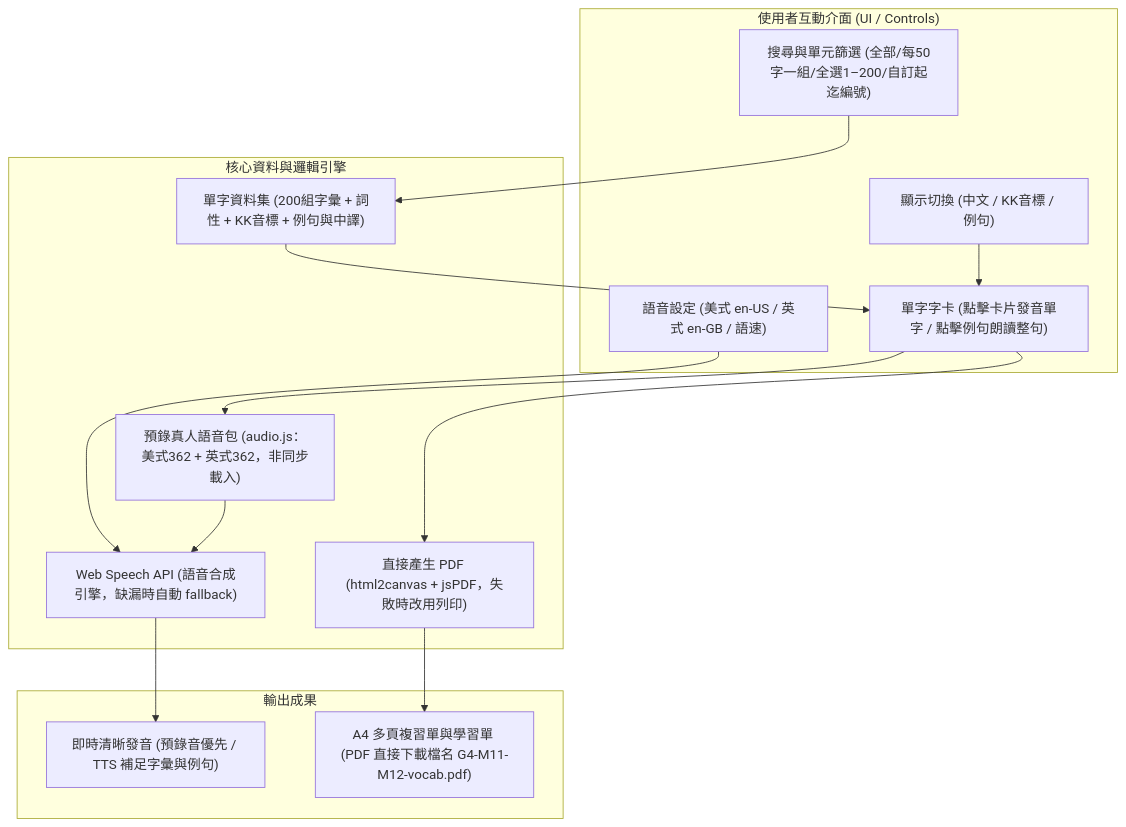
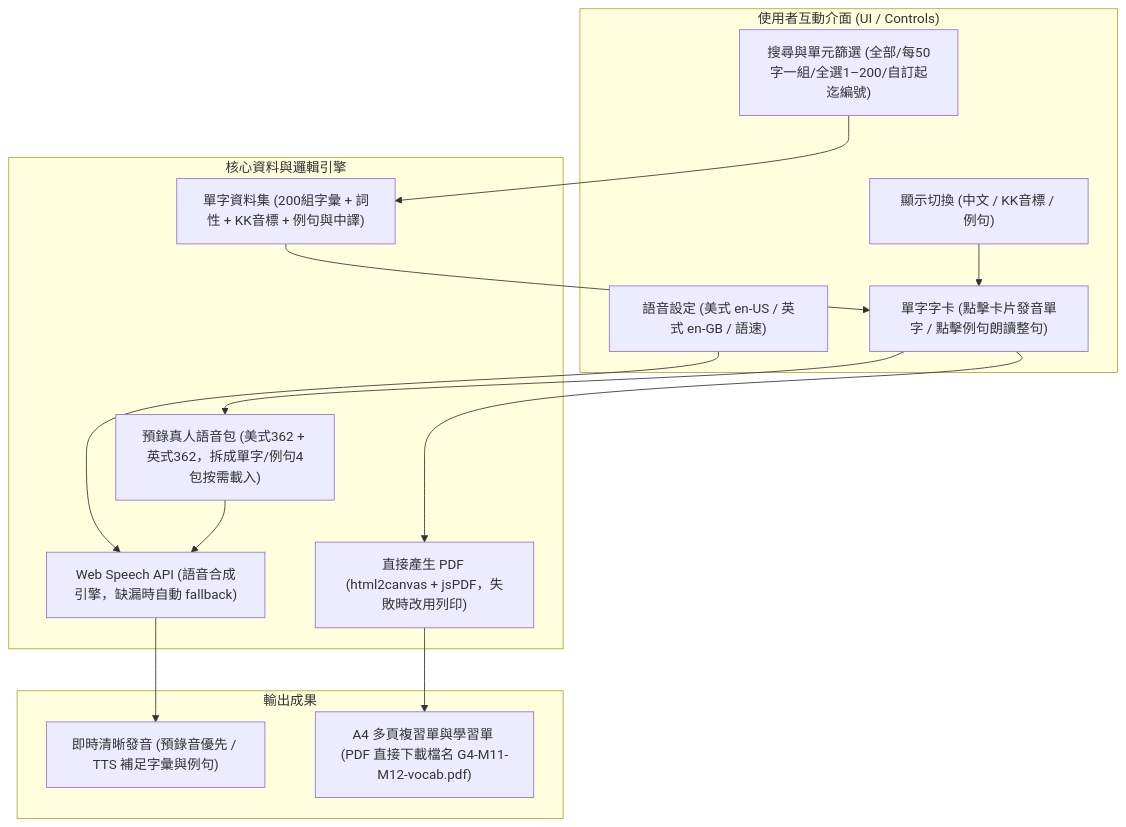
One commit to yuchunjie/shes_kl_Vocabulary changed the diagram in README.md. Above: the diagram before and after it, drawn with Mermaid. The commit also changed other lines of this file and 6 other files, not shown here.

````diff
--- a/README.md
+++ b/README.md
@@ -8,31 +8,31 @@
 ```mermaid
 flowchart TD
     subgraph UI["使用者互動介面 (UI / Controls)"]
         Search["搜尋與單元篩選 (全部/每50字一組/全選1–200/自訂起迄編號)"]
         Toggles["顯示切換 (中文 / KK音標 / 例句)"]
         VoiceOpt["語音設定 (美式 en-US / 英式 en-GB / 語速)"]
         Card["單字字卡 (點擊卡片發音單字 / 點擊例句朗讀整句)"]
     end
 
     subgraph Core["核心資料與邏輯引擎"]
         VocabData["單字資料集 (200組字彙 + 詞性 + KK音標 + 例句與中譯)"]
-        AudioPkg["預錄真人語音包 (audio.js：美式362 + 英式362，非同步載入)"]
+        AudioPkg["預錄真人語音包 (美式362 + 英式362，拆成單字/例句4包按需載入)"]
         TTS["Web Speech API (語音合成引擎，缺漏時自動 fallback)"]
         PDFEngine["直接產生 PDF (html2canvas + jsPDF，失敗時改用列印)"]
     end
 
     subgraph Output["輸出成果"]
         AudioOut["即時清晰發音 (預錄音優先 / TTS 補足字彙與例句)"]
         PDFOut["A4 多頁複習單與學習單 (PDF 直接下載檔名 G4-M11-M12-vocab.pdf)"]
     end
 
     Search --> VocabData
     Toggles --> Card
     VoiceOpt --> TTS
     VocabData --> Card
     Card --> AudioPkg
     AudioPkg --> TTS
     TTS --> AudioOut
     Card --> PDFEngine
     PDFEngine --> PDFOut
 ```
````
